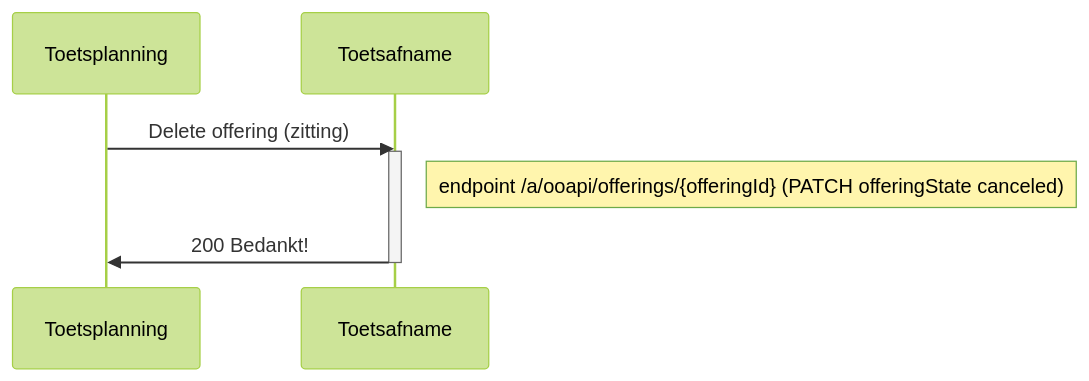
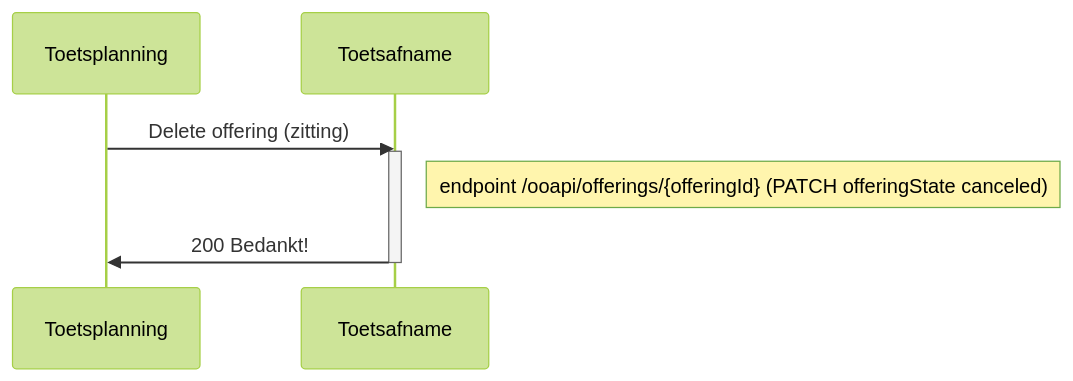
The eighth of 10 diagrams in doc/flow2.md (NetwerkExamineringDigitalisering/NED-OOAPI), drawn with Mermaid (forest theme) before and after one commit. The commit also changed other lines of this file and 4 other files, not shown here.

````diff
--- a/doc/flow2.md
+++ b/doc/flow2.md
@@ -374,8 +378,8 @@
 ```mermaid
 sequenceDiagram
     Toetsplanning->>Toetsafname: Delete offering (zitting)
     activate Toetsafname
-    Note right of Toetsafname: endpoint /a/ooapi/offerings/{offeringId} (PATCH offeringState canceled)
+    Note right of Toetsafname: endpoint /ooapi/offerings/{offeringId} (PATCH offeringState canceled)
     Toetsafname->>Toetsplanning: 200 Bedankt!
     deactivate Toetsafname
 ```
````
